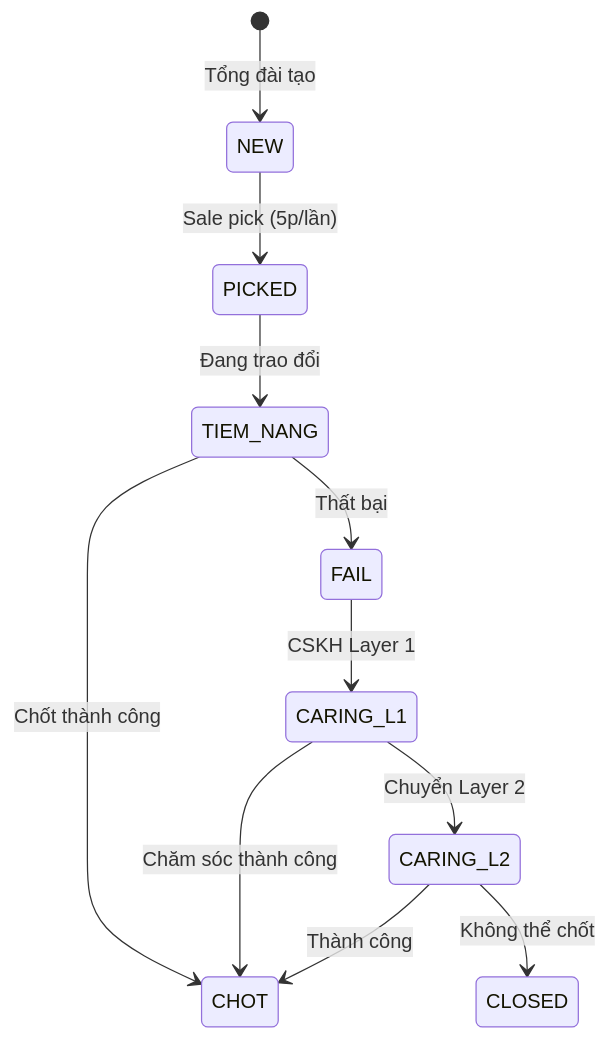
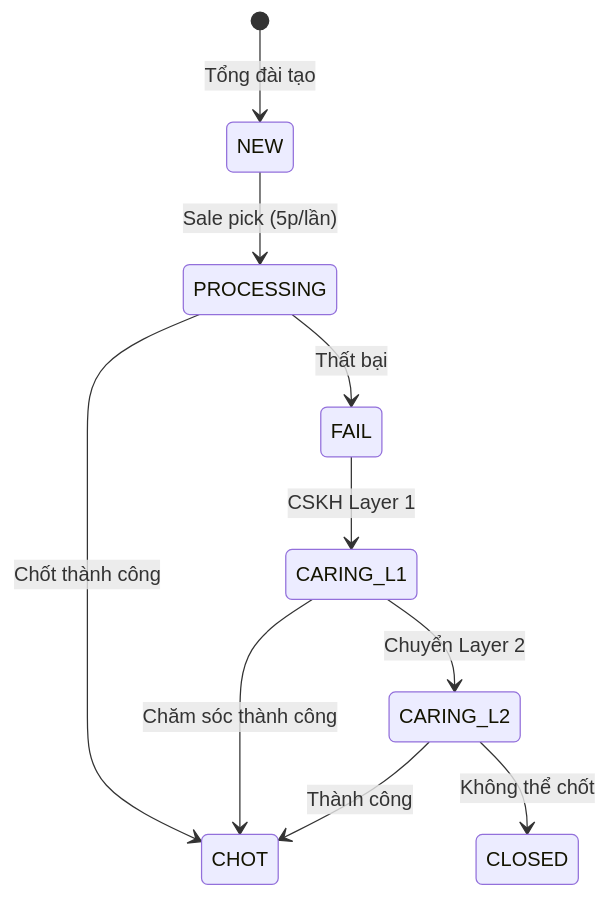
Before and after one commit to Hybro-Tech/ankhang-crm: the third of 4 diagrams in docs/requirements-v2-2026-01-19.md, drawn with Mermaid. The commit also changed other lines of this file and 7 other files, not shown here.

````diff
--- a/docs/requirements-v2-2026-01-19.md
+++ b/docs/requirements-v2-2026-01-19.md
@@ -189,13 +189,12 @@
 ```mermaid
 stateDiagram-v2
     [*] --> NEW: Tổng đài tạo
-    NEW --> PICKED: Sale pick (5p/lần)
-    PICKED --> TIEM_NANG: Đang trao đổi
-    TIEM_NANG --> CHOT: Chốt thành công
-    TIEM_NANG --> FAIL: Thất bại
+    NEW --> PROCESSING: Sale pick (5p/lần)
+    PROCESSING --> CHOT: Chốt thành công
+    PROCESSING --> FAIL: Thất bại
     FAIL --> CARING_L1: CSKH Layer 1
     CARING_L1 --> CHOT: Chăm sóc thành công
     CARING_L1 --> CARING_L2: Chuyển Layer 2
     CARING_L2 --> CHOT: Thành công
     CARING_L2 --> CLOSED: Không thể chốt
 ```
````
